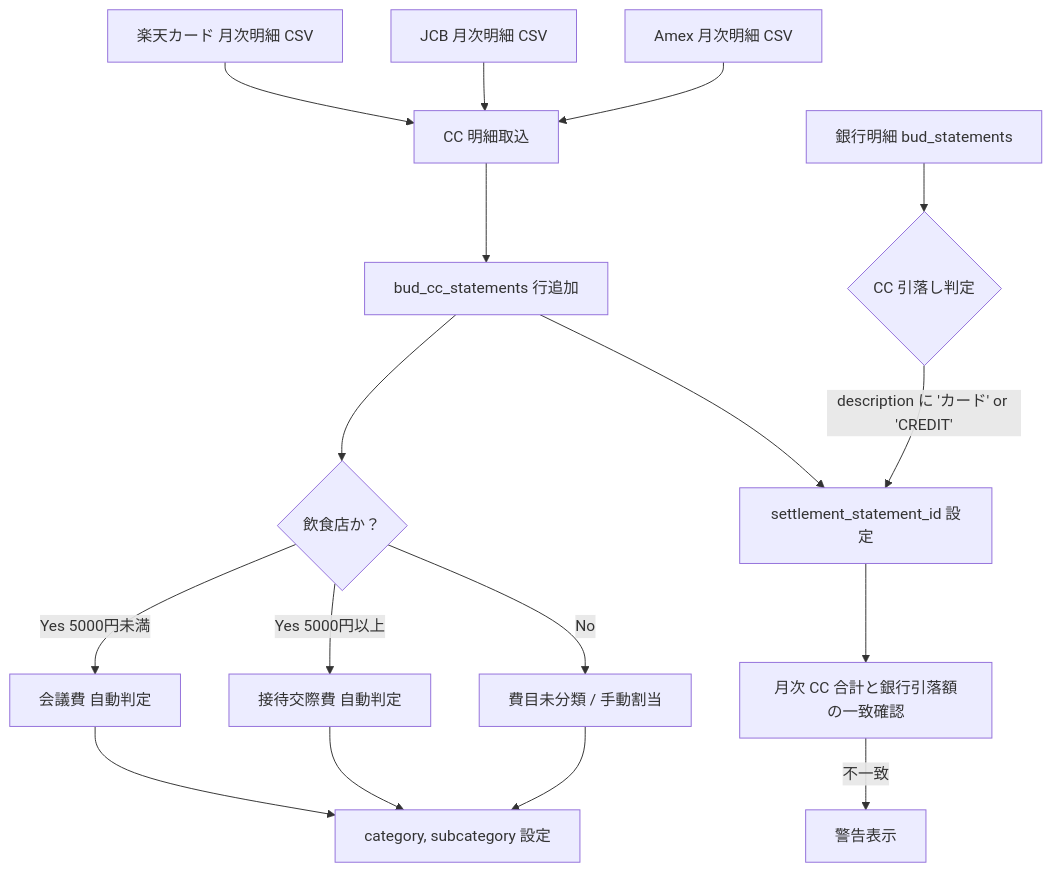
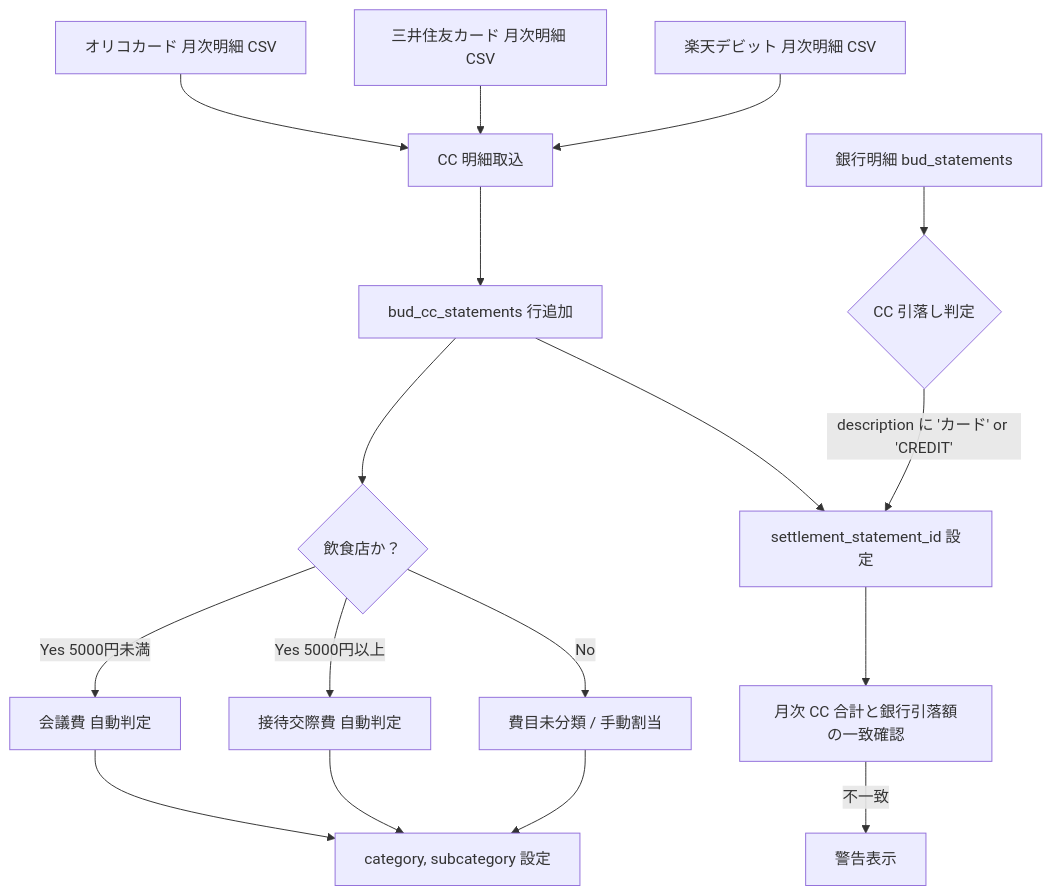
The diagram in docs/specs/2026-04-24-bud-a-08-cc-meisai-rules.md (Hyuaran/garden), drawn with Mermaid before and after one commit. The commit also changed other lines of this file and 2 other files, not shown here.

````diff
--- a/docs/specs/2026-04-24-bud-a-08-cc-meisai-rules.md
+++ b/docs/specs/2026-04-24-bud-a-08-cc-meisai-rules.md
@@ -46,22 +50,22 @@
 ```mermaid
 flowchart TB
-    A[楽天カード 月次明細 CSV] --> B[CC 明細取込]
-    A2[JCB 月次明細 CSV] --> B
-    A3[Amex 月次明細 CSV] --> B
+    A[オリコカード 月次明細 CSV] --> B[CC 明細取込]
+    A2[三井住友カード 月次明細 CSV] --> B
+    A3[楽天デビット 月次明細 CSV] --> B
 
     B --> C[bud_cc_statements 行追加]
     C --> D{飲食店か？}
     D -->|Yes 5000円未満| E[会議費 自動判定]
     D -->|Yes 5000円以上| F[接待交際費 自動判定]
     D -->|No| G[費目未分類 / 手動割当]
 
     E --> H[category, subcategory 設定]
     F --> H
     G --> H
 
     I[銀行明細 bud_statements] --> J{CC 引落し判定}
     J -->|description に 'カード' or 'CREDIT'| K[settlement_statement_id 設定]
     C --> K
     K --> L[月次 CC 合計と銀行引落額の一致確認]
     L -->|不一致| M[警告表示]
 ```
````
